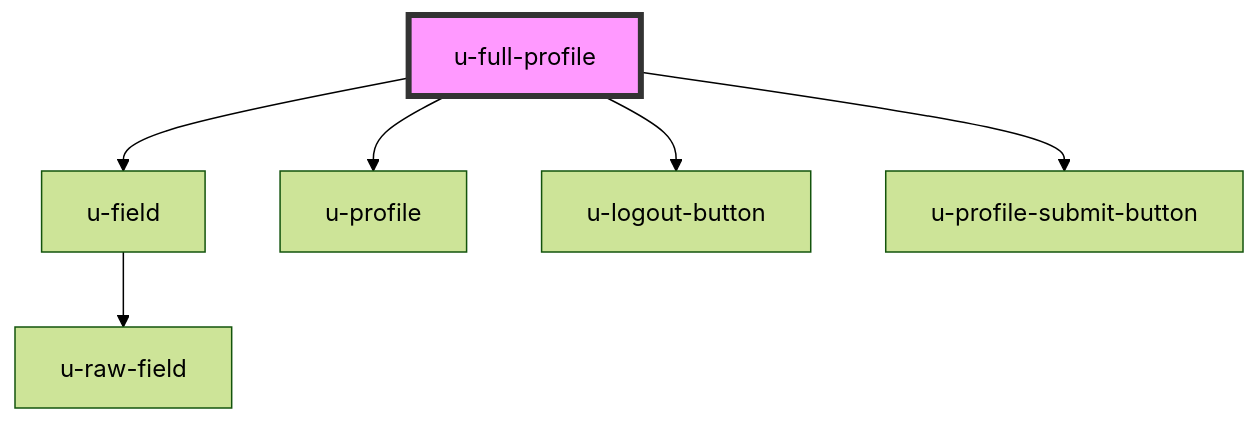
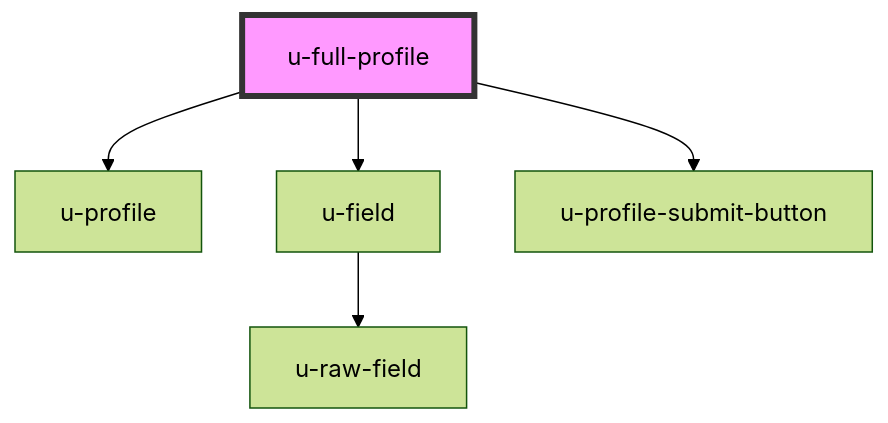
The diagram in packages/sdk/src/profile/components/full-profile/readme.md (UnidyID/unidy-sdk), drawn with Mermaid (forest theme) before and after one commit. The commit also changed other lines of this file and 5 other files, not shown here.

````diff
--- a/packages/sdk/src/profile/components/full-profile/readme.md
+++ b/packages/sdk/src/profile/components/full-profile/readme.md
@@ -34,9 +28,8 @@
 ```mermaid
 graph TD;
+  u-full-profile --> u-profile
   u-full-profile --> u-field
-  u-full-profile --> u-profile
-  u-full-profile --> u-logout-button
   u-full-profile --> u-profile-submit-button
   u-field --> u-raw-field
   style u-full-profile fill:#f9f,stroke:#333,stroke-width:4px
 ```
````
